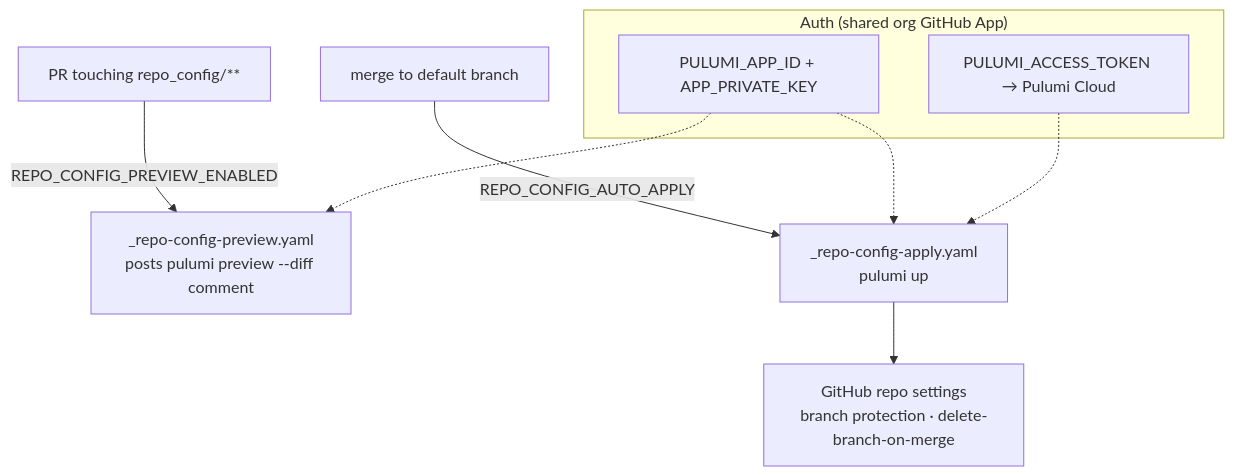
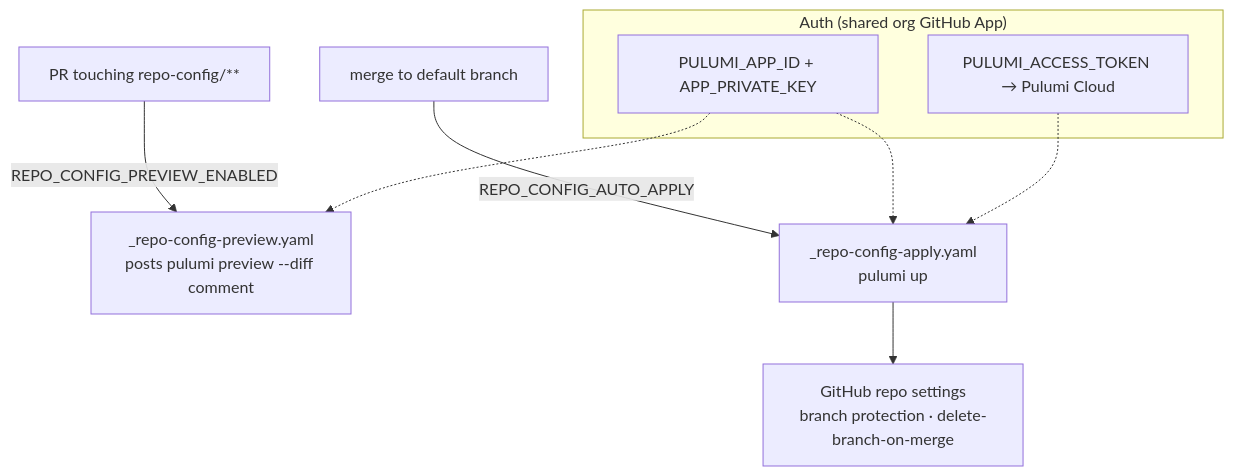
One commit to VitruvianSoftware/vitruvian-core changed the seventh of 7 diagrams in docs/infrastructure/architecture.md. Above: the diagram before and after it, drawn with Mermaid. The commit also changed other lines of this file and 301 other files, not shown here.

````diff
--- a/docs/infrastructure/architecture.md
+++ b/docs/infrastructure/architecture.md
@@ -244,13 +244,13 @@
 ```mermaid
 flowchart TB
-    pr["PR touching repo_config/**"] -->|"REPO_CONFIG_PREVIEW_ENABLED"| prev["_repo-config-preview.yaml<br/>posts pulumi preview --diff comment"]
+    pr["PR touching repo-config/**"] -->|"REPO_CONFIG_PREVIEW_ENABLED"| prev["_repo-config-preview.yaml<br/>posts pulumi preview --diff comment"]
     merge["merge to default branch"] -->|"REPO_CONFIG_AUTO_APPLY"| apply["_repo-config-apply.yaml<br/>pulumi up"]
     apply --> ghs["GitHub repo settings<br/>branch protection · delete-branch-on-merge"]
     subgraph auth["Auth (shared org GitHub App)"]
       orgapp["PULUMI_APP_ID + APP_PRIVATE_KEY"]
       pat["PULUMI_ACCESS_TOKEN → Pulumi Cloud"]
     end
     orgapp -.-> prev
     orgapp -.-> apply
     pat -.-> apply
 ```
````
